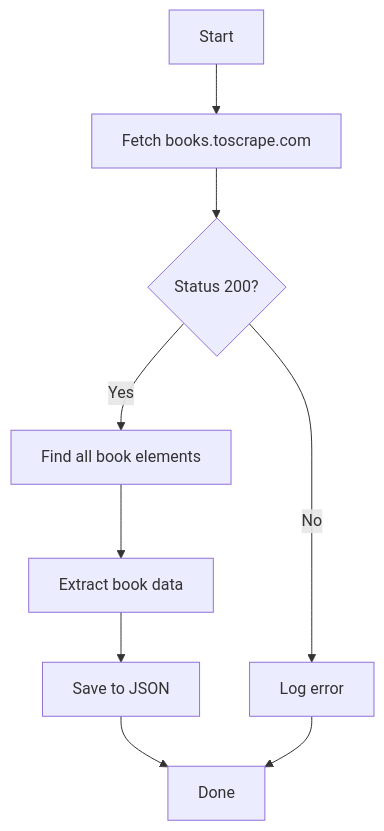
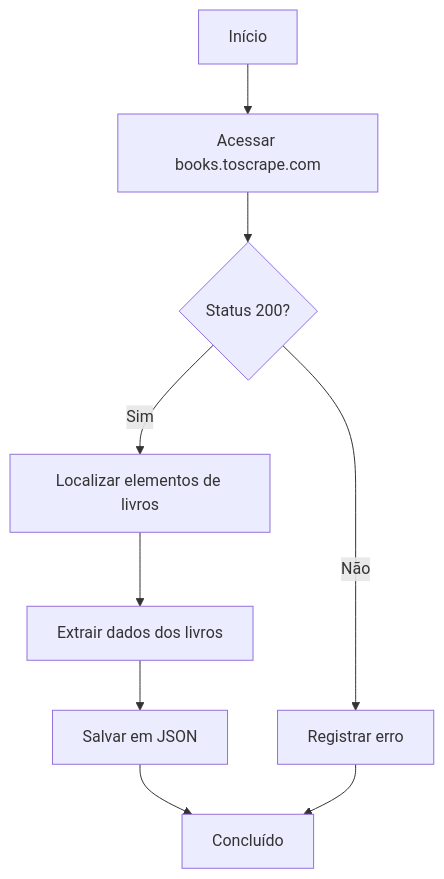
The diagram in README.md (levyvix/web-scraping-project), drawn with Mermaid before and after one commit. The commit also changed other lines of this file and 87 other files, not shown here.

````diff
--- a/README.md
+++ b/README.md
@@ -147,11 +147,11 @@
 ```mermaid
 flowchart TD
-    A[Start] --> B[Fetch books.toscrape.com]
+    A[Início] --> B[Acessar books.toscrape.com]
     B --> C{Status 200?}
-    C -->|Yes| D[Find all book elements]
-    C -->|No| E[Log error]
-    D --> F[Extract book data]
-    F --> G[Save to JSON]
-    G --> H[Done]
+    C -->|Sim| D[Localizar elementos de livros]
+    C -->|Não| E[Registrar erro]
+    D --> F[Extrair dados dos livros]
+    F --> G[Salvar em JSON]
+    G --> H[Concluído]
     E --> H
 ```
````
